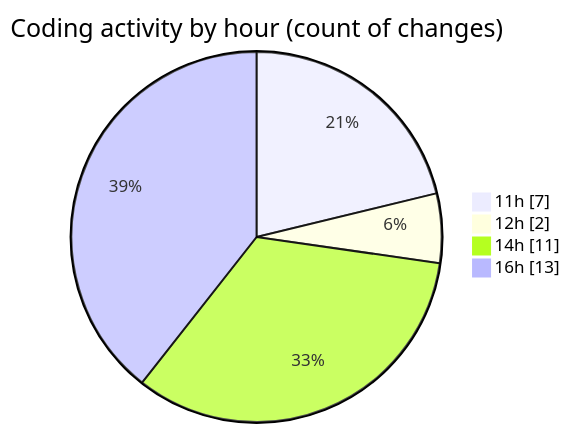
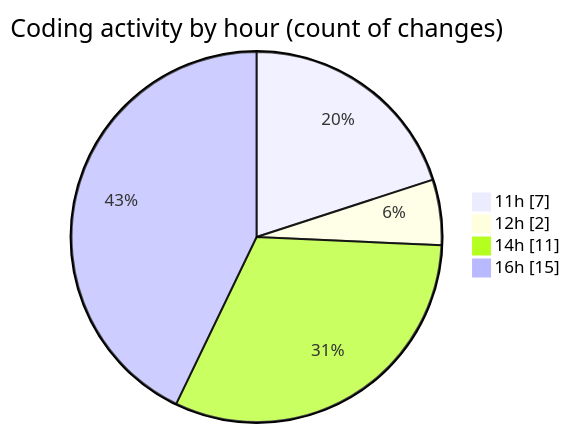
Before and after one commit to debugP/code-tracking: the second of 2 diagrams in 2025-09-26/untitled__workspace_/README.md, drawn with Mermaid. The commit also changed other lines of this file and 1 other file, not shown here.

````diff
--- a/2025-09-26/untitled__workspace_/README.md
+++ b/2025-09-26/untitled__workspace_/README.md
@@ -34,8 +34,8 @@
 ```mermaid
 pie showData
 title Coding activity by hour (count of changes)
 "11h" : 7
 "12h" : 2
 "14h" : 11
-"16h" : 13
+"16h" : 15
 ```
````
